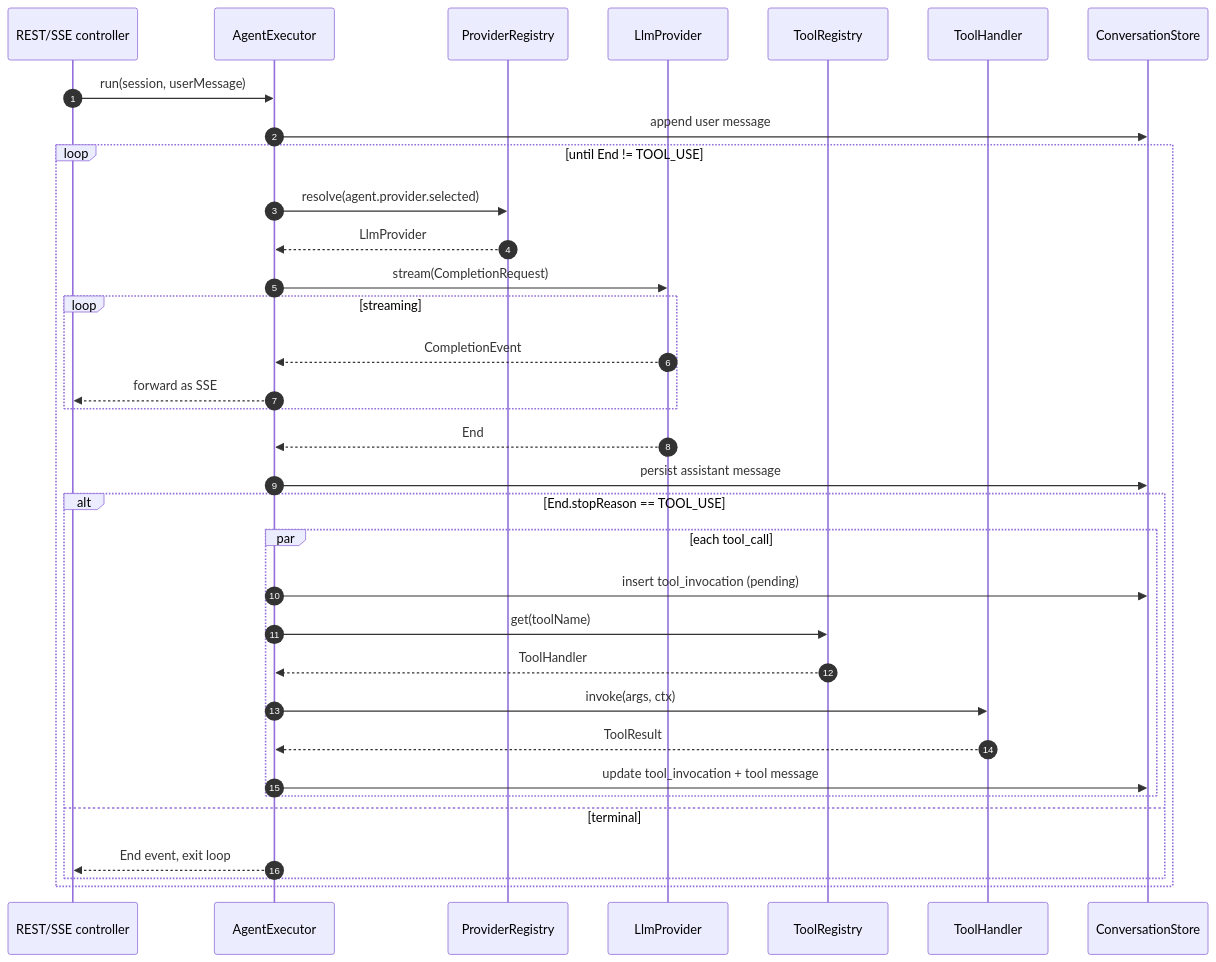
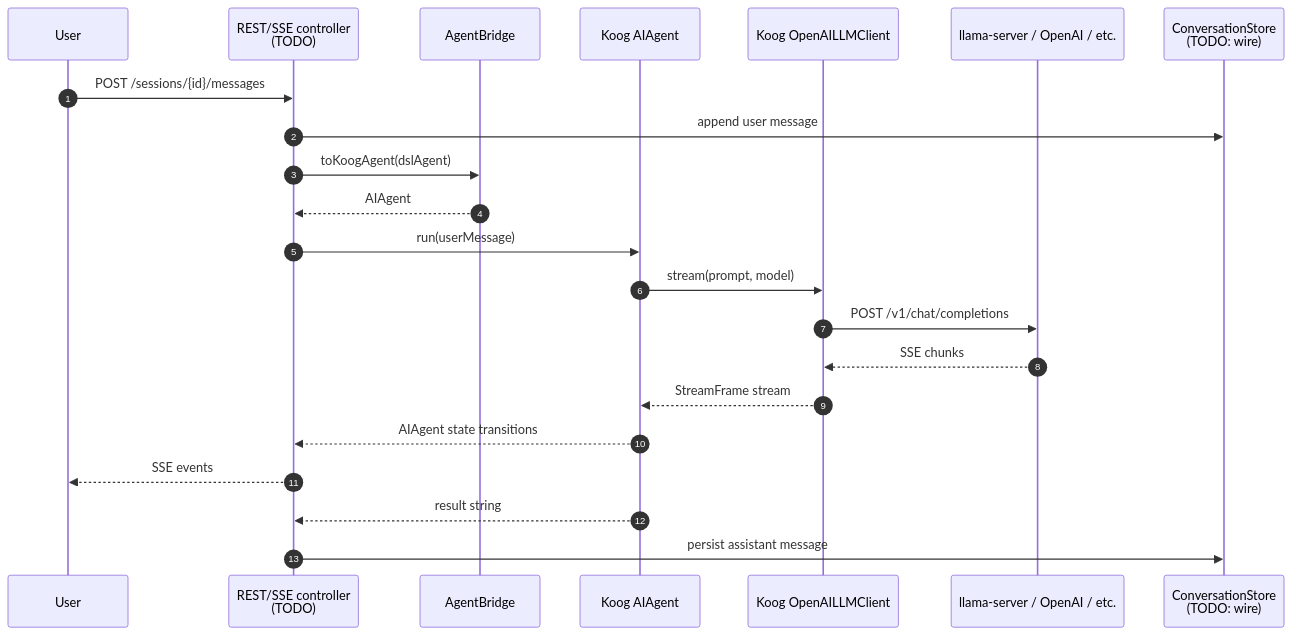
The third of 3 diagrams in docs/engine.md (khorum-oss/ino), drawn with Mermaid before and after one commit. The commit also changed other lines of this file and 3 other files, not shown here.

Commit message:
Update roadmap and architecture docs to reflect Koog integration replacing custom engine and provider SPIs

````diff
--- a/docs/engine.md
+++ b/docs/engine.md
@@ -100,37 +144,25 @@
 ```mermaid
 sequenceDiagram
     autonumber
-    participant API as REST/SSE controller
-    participant EX as AgentExecutor
-    participant PR as ProviderRegistry
-    participant LP as LlmProvider
-    participant TR as ToolRegistry
-    participant TH as ToolHandler
-    participant CS as ConversationStore
+    participant U as User
+    participant API as REST/SSE controller<br/>(TODO)
+    participant BR as AgentBridge
+    participant KA as Koog AIAgent
+    participant LP as Koog OpenAILLMClient
+    participant SRV as llama-server / OpenAI / etc.
+    participant CS as ConversationStore<br/>(TODO: wire)
 
-    API->>EX: run(session, userMessage)
-    EX->>CS: append user message
-    loop until End != TOOL_USE
-        EX->>PR: resolve(agent.provider.selected)
-        PR-->>EX: LlmProvider
-        EX->>LP: stream(CompletionRequest)
-        loop streaming
-            LP-->>EX: CompletionEvent
-            EX-->>API: forward as SSE
-        end
-        LP-->>EX: End
-        EX->>CS: persist assistant message
-        alt End.stopReason == TOOL_USE
-            par each tool_call
-                EX->>CS: insert tool_invocation (pending)
-                EX->>TR: get(toolName)
-                TR-->>EX: ToolHandler
-                EX->>TH: invoke(args, ctx)
-                TH-->>EX: ToolResult
-                EX->>CS: update tool_invocation + tool message
-            end
-        else terminal
-            EX-->>API: End event, exit loop
-        end
-    end
+    U->>API: POST /sessions/{id}/messages
+    API->>CS: append user message
+    API->>BR: toKoogAgent(dslAgent)
+    BR-->>API: AIAgent
+    API->>KA: run(userMessage)
+    KA->>LP: stream(prompt, model)
+    LP->>SRV: POST /v1/chat/completions
+    SRV-->>LP: SSE chunks
+    LP-->>KA: StreamFrame stream
+    KA-->>API: AIAgent state transitions
+    API-->>U: SSE events
+    KA-->>API: result string
+    API->>CS: persist assistant message
 ```
````
